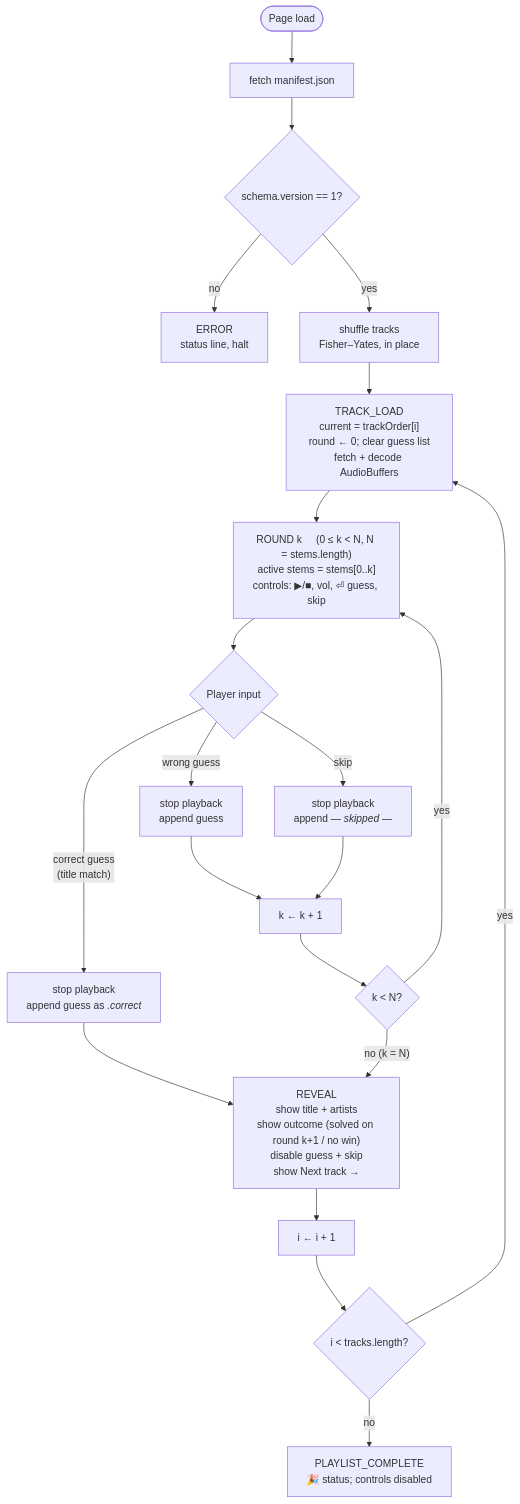
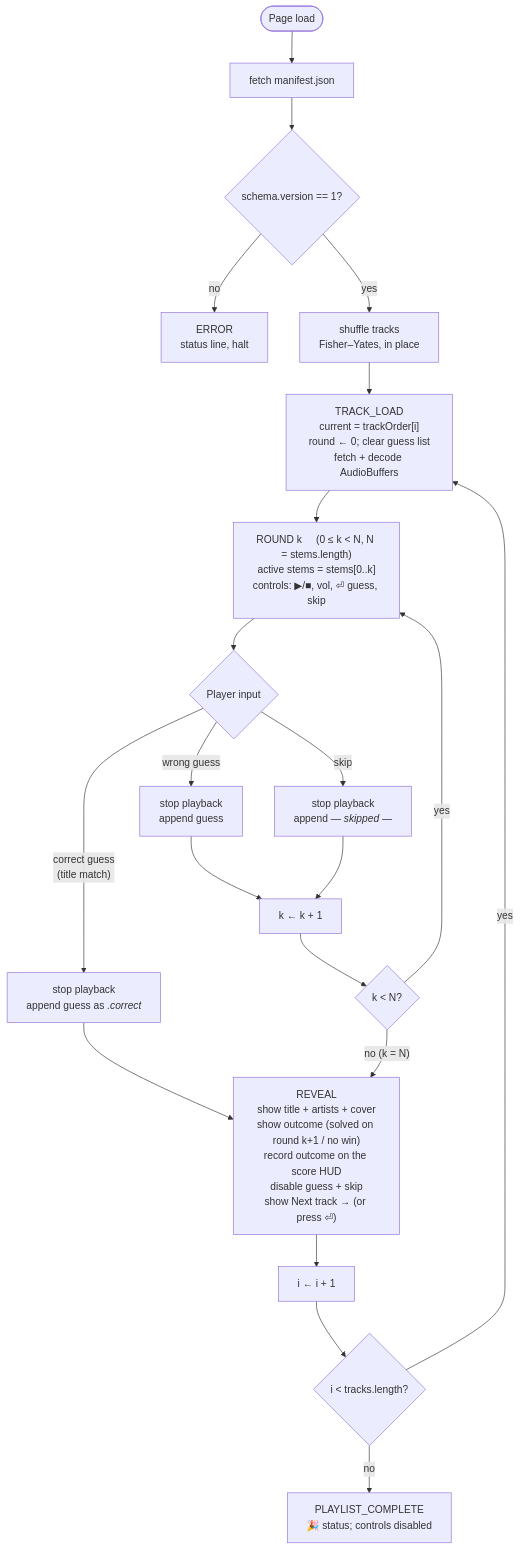
Before and after one commit to kyleyhw/stemguessr: the first of 2 diagrams in docs/frontend.md, drawn with Mermaid. The commit also changed other lines of this file and 8 other files, not shown here.

First line of the commit message:
docs+release: v0.2.0 — document reset, score HUD, Enter key, distribution

````diff
--- a/docs/frontend.md
+++ b/docs/frontend.md
@@ -34,37 +28,37 @@
 ```mermaid
 flowchart TD
     Start([Page load])
     Fetch[fetch manifest.json]
     Schema{schema.version == 1?}
     Error[ERROR<br/>status line, halt]
     Shuffle[shuffle tracks<br/>Fisher–Yates, in place]
 
     TrackLoad["TRACK_LOAD<br/>current = trackOrder[i]<br/>round ← 0; clear guess list<br/>fetch + decode AudioBuffers"]
 
     Round["ROUND k     (0 ≤ k &lt; N, N = stems.length)<br/>active stems = stems[0..k]<br/>controls: ▶/■, vol, ⏎ guess, skip"]
 
     Correct{Player input}
     StopOnWin[stop playback<br/>append guess as <i>.correct</i>]
     StopOnWrong[stop playback<br/>append guess]
     StopOnSkip[stop playback<br/>append <i>— skipped —</i>]
     Advance[k ← k + 1]
     CheckRound{k &lt; N?}
 
-    Reveal["REVEAL<br/>show title + artists<br/>show outcome (solved on round k+1 / no win)<br/>disable guess + skip<br/>show Next track →"]
+    Reveal["REVEAL<br/>show title + artists + cover<br/>show outcome (solved on round k+1 / no win)<br/>record outcome on the score HUD<br/>disable guess + skip<br/>show Next track → (or press ⏎)"]
     NextI[i ← i + 1]
     CheckPlaylist{i &lt; tracks.length?}
     Complete["PLAYLIST_COMPLETE<br/>🎉 status; controls disabled"]
 
     Start --> Fetch --> Schema
     Schema -- "no" --> Error
     Schema -- "yes" --> Shuffle --> TrackLoad --> Round --> Correct
     Correct -- "correct guess<br/>(title match)" --> StopOnWin --> Reveal
     Correct -- "wrong guess" --> StopOnWrong --> Advance
     Correct -- "skip" --> StopOnSkip --> Advance
     Advance --> CheckRound
     CheckRound -- "yes" --> Round
     CheckRound -- "no (k = N)" --> Reveal
     Reveal --> NextI --> CheckPlaylist
     CheckPlaylist -- "yes" --> TrackLoad
     CheckPlaylist -- "no" --> Complete
 ```
````
